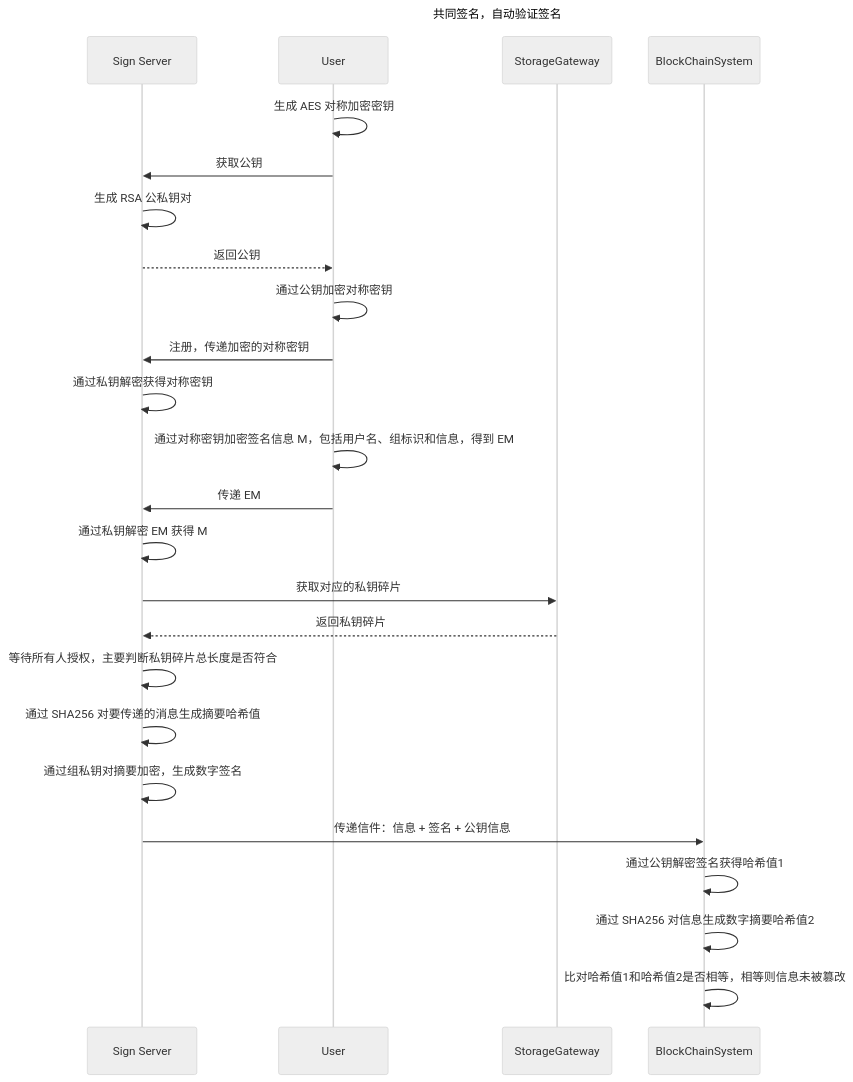
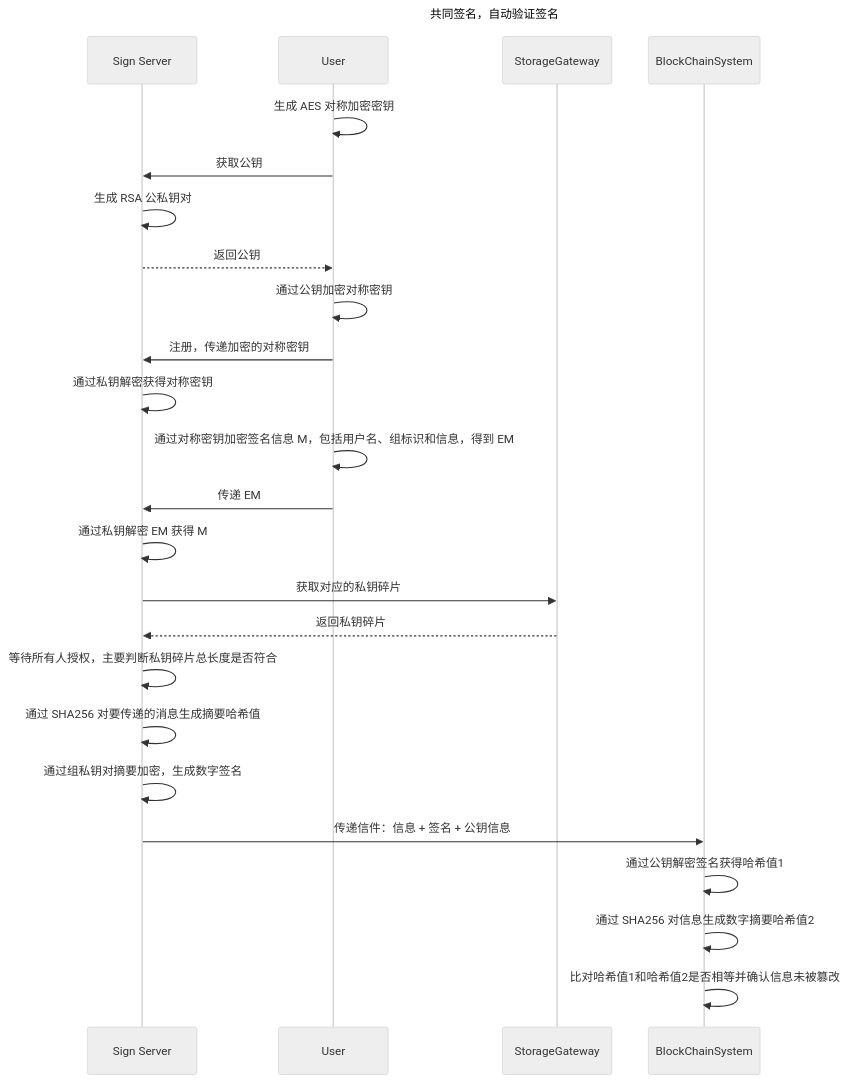
One commit to chenlele-cll/CryptographyProgramming changed the eighth of 9 diagrams in README.zh-CN.md. Above: the diagram before and after it, drawn with Mermaid (neutral theme). The commit also changed 1 other file, not shown here.

Commit message:
docs: fix mermaid sequence rendering
Ultraworked with [Sisyphus](https://github.com/code-yeongyu/oh-my-openagent)

````diff
--- a/README.zh-CN.md
+++ b/README.zh-CN.md
@@ -206,24 +206,24 @@
 ```mermaid
 sequenceDiagram
     title 共同签名，自动验证签名
     participant SignServer as Sign Server
     User->>User: 生成 AES 对称加密密钥
     User->>SignServer: 获取公钥
     SignServer->>SignServer: 生成 RSA 公私钥对
     SignServer-->>User: 返回公钥
     User->>User: 通过公钥加密对称密钥
     User->>SignServer: 注册，传递加密的对称密钥
     SignServer->>SignServer: 通过私钥解密获得对称密钥
     User->>User: 通过对称密钥加密签名信息 M，包括用户名、组标识和信息，得到 EM
     User->>SignServer: 传递 EM
     SignServer->>SignServer: 通过私钥解密 EM 获得 M
     SignServer->>StorageGateway: 获取对应的私钥碎片
     StorageGateway-->>SignServer: 返回私钥碎片
     SignServer->>SignServer: 等待所有人授权，主要判断私钥碎片总长度是否符合
     SignServer->>SignServer: 通过 SHA256 对要传递的消息生成摘要哈希值
     SignServer->>SignServer: 通过组私钥对摘要加密，生成数字签名
     SignServer->>BlockChainSystem: 传递信件：信息 + 签名 + 公钥信息
     BlockChainSystem->>BlockChainSystem: 通过公钥解密签名获得哈希值1
     BlockChainSystem->>BlockChainSystem: 通过 SHA256 对信息生成数字摘要哈希值2
-    BlockChainSystem->>BlockChainSystem: 比对哈希值1和哈希值2是否相等，相等则信息未被篡改
+    BlockChainSystem->>BlockChainSystem: 比对哈希值1和哈希值2是否相等并确认信息未被篡改
 ```
````
